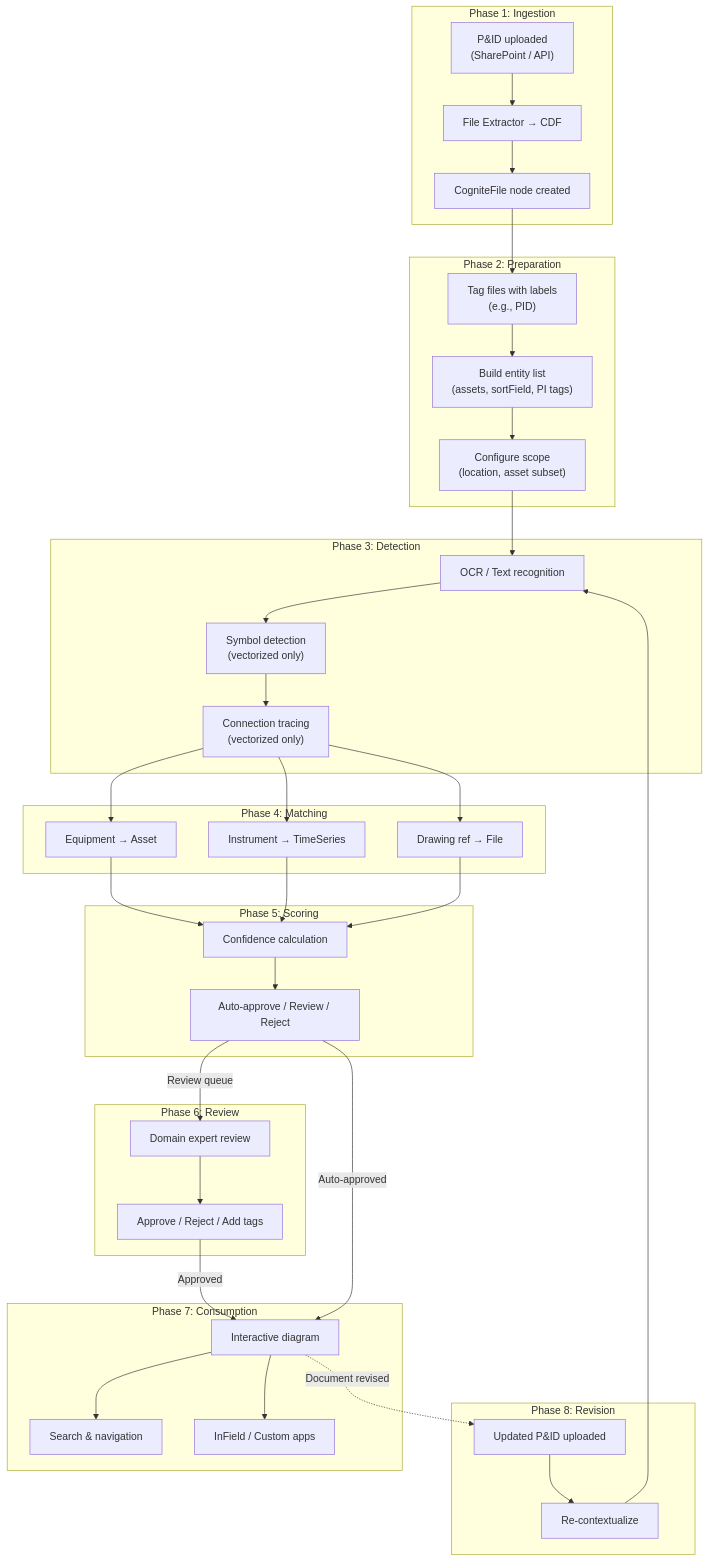
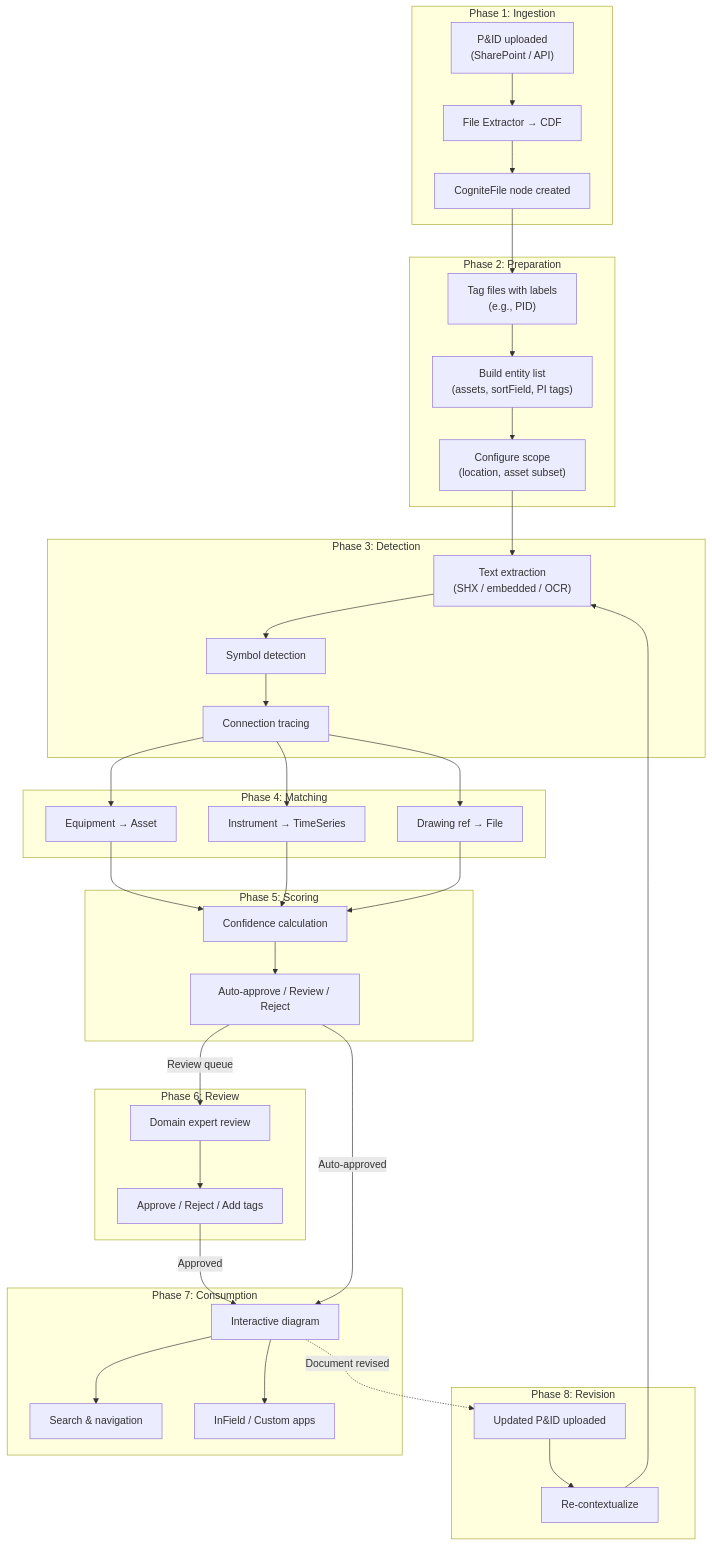
Before and after one commit to fbarsoba-cognite/sylvamo-project-documentation: the first of 22 diagrams in docs/reference/files/PID_CONTEXTUALIZATION_LIFECYCLE.md, drawn with Mermaid. The commit also changed other lines of this file and 4 other files, not shown here.

````diff
--- a/docs/reference/files/PID_CONTEXTUALIZATION_LIFECYCLE.md
+++ b/docs/reference/files/PID_CONTEXTUALIZATION_LIFECYCLE.md
@@ -43,57 +42,57 @@
 ```mermaid
 graph TB
     subgraph "Phase 1: Ingestion"
         I1["P&ID uploaded<br/>(SharePoint / API)"]
         I2["File Extractor → CDF"]
         I3["CogniteFile node created"]
     end
 
     subgraph "Phase 2: Preparation"
         P1["Tag files with labels<br/>(e.g., PID)"]
         P2["Build entity list<br/>(assets, sortField, PI tags)"]
         P3["Configure scope<br/>(location, asset subset)"]
     end
 
     subgraph "Phase 3: Detection"
-        D1["OCR / Text recognition"]
-        D2["Symbol detection<br/>(vectorized only)"]
-        D3["Connection tracing<br/>(vectorized only)"]
+        D1["Text extraction<br/>(SHX / embedded / OCR)"]
+        D2["Symbol detection"]
+        D3["Connection tracing"]
     end
 
     subgraph "Phase 4: Matching"
         M1["Equipment → Asset"]
         M2["Instrument → TimeSeries"]
         M3["Drawing ref → File"]
     end
 
     subgraph "Phase 5: Scoring"
         S1["Confidence calculation"]
         S2["Auto-approve / Review / Reject"]
     end
 
     subgraph "Phase 6: Review"
         R1["Domain expert review"]
         R2["Approve / Reject / Add tags"]
     end
 
     subgraph "Phase 7: Consumption"
         C1["Interactive diagram"]
         C2["Search & navigation"]
         C3["InField / Custom apps"]
     end
 
     subgraph "Phase 8: Revision"
         V1["Updated P&ID uploaded"]
         V2["Re-contextualize"]
     end
 
     I1 --> I2 --> I3 --> P1 --> P2 --> P3
     P3 --> D1 --> D2 --> D3
     D3 --> M1 & M2 & M3
     M1 & M2 & M3 --> S1 --> S2
     S2 -->|"Review queue"| R1 --> R2
     S2 -->|"Auto-approved"| C1
     R2 -->|"Approved"| C1
     C1 --> C2 & C3
     C1 -.->|"Document revised"| V1 --> V2 --> D1
 ```
````
